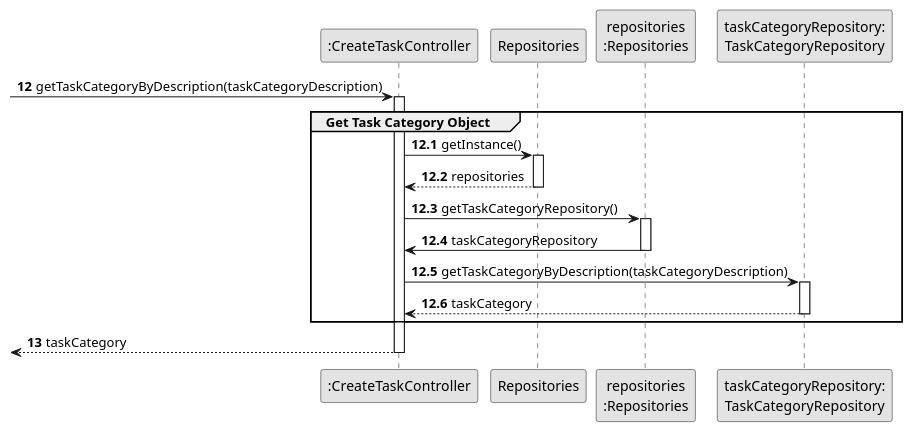
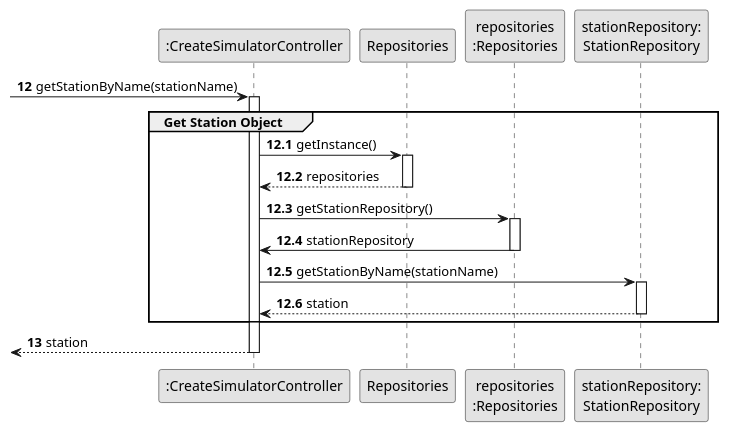
One commit to bruno-monteiro5/sem2-pi-24.25-g132-repo changed the diagram in docs/system-documentation/US012/03.design/puml/US012-SD-partial-get-task-category.puml. Above: the diagram before and after it, drawn with PlantUML. The commit also changed 13 other files, not shown here.

```diff
--- a/docs/system-documentation/US012/03.design/puml/US012-SD-partial-get-task-category.puml
+++ b/docs/system-documentation/US012/03.design/puml/US012-SD-partial-get-task-category.puml
@@ -1,42 +1,37 @@
 @startuml
 skinparam monochrome true
 skinparam packageStyle rectangle
 skinparam shadowing false
 
-participant ":CreateTaskController" as CTRL
+participant ":CreateSimulatorController" as CTRL
 participant "Repositories" as REPOS
 participant "repositories\n:Repositories" as REPOS_SINGLETON
-participant "taskCategoryRepository:\nTaskCategoryRepository" as TASK_CAT_REPO
+participant "stationRepository:\nStationRepository" as STATION_REPO
 
 autonumber 12
--> CTRL : getTaskCategoryByDescription(taskCategoryDescription)
+-> CTRL : getStationByName(stationName)
 
 autonumber 12.1
+activate CTRL
 
-activate CTRL
-    ' LIXO - acrescentava Object, coerente com diagrama split
-    group Get Task Category Object
+    group Get Station Object
         CTRL -> REPOS : getInstance()
         activate REPOS
-            REPOS --> CTRL: repositories
+            REPOS --> CTRL : repositories
         deactivate REPOS
 
-        CTRL -> REPOS_SINGLETON : getTaskCategoryRepository()
+        CTRL -> REPOS_SINGLETON : getStationRepository()
         activate REPOS_SINGLETON
-            REPOS_SINGLETON -> CTRL : taskCategoryRepository
+            REPOS_SINGLETON -> CTRL : stationRepository
         deactivate REPOS_SINGLETON
 
-        CTRL -> TASK_CAT_REPO : getTaskCategoryByDescription(taskCategoryDescription)
-        activate TASK_CAT_REPO
-            TASK_CAT_REPO --> CTRL : taskCategory
-        deactivate TASK_CAT_REPO
-
+        CTRL -> STATION_REPO : getStationByName(stationName)
+        activate STATION_REPO
+            STATION_REPO --> CTRL : station
+        deactivate STATION_REPO
     end group
 
-    autonumber 13
-    <-- CTRL : taskCategory
-
+autonumber 13
+<-- CTRL : station
 deactivate CTRL
-
-
 @enduml
```
